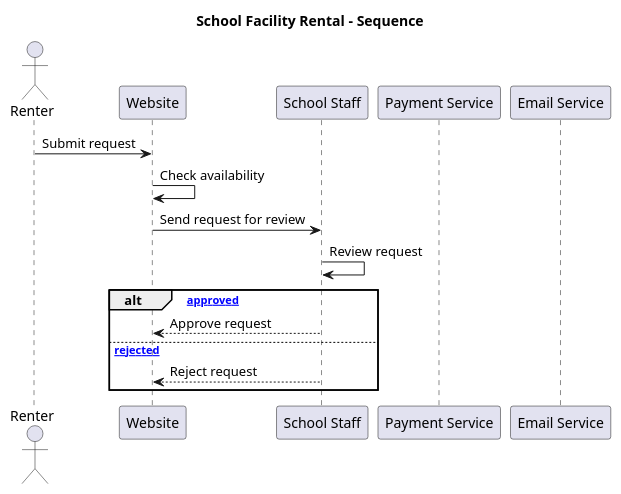
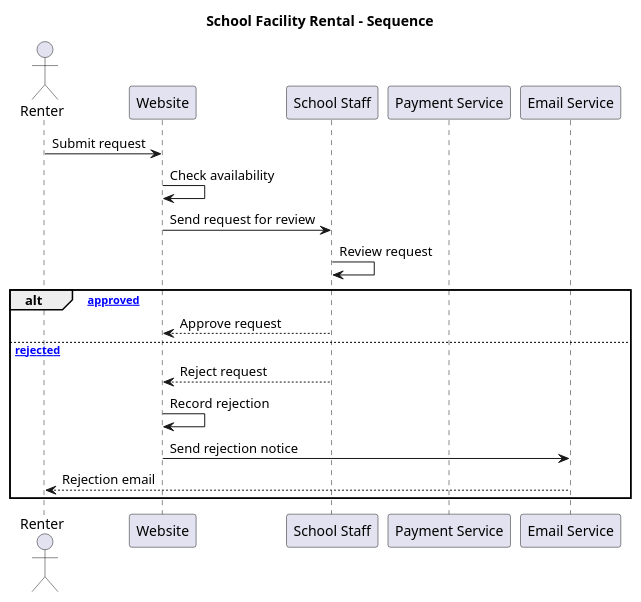
The diagram in rentalSequence.puml (DylanHH11/CS-3560-HW_6_UML_2_Sequence_Activity), drawn with PlantUML before and after one commit.

Commit message:
Add rejection sequencing

```diff
--- a/rentalSequence.puml
+++ b/rentalSequence.puml
@@ -1,21 +1,24 @@
 @startuml
 title School Facility Rental - Sequence
 
 actor Renter
 participant Website
 participant "School Staff" as Staff
 participant "Payment Service" as Pay
 participant "Email Service" as Email
 
 Renter -> Website: Submit request
 Website -> Website: Check availability
 Website -> Staff: Send request for review
 Staff -> Staff: Review request
 
 alt [approved]
     Staff --> Website: Approve request
 
 else [rejected]
     Staff --> Website: Reject request
+    Website -> Website: Record rejection
+    Website -> Email: Send rejection notice
+    Email --> Renter: Rejection email
 end
 @enduml
```
